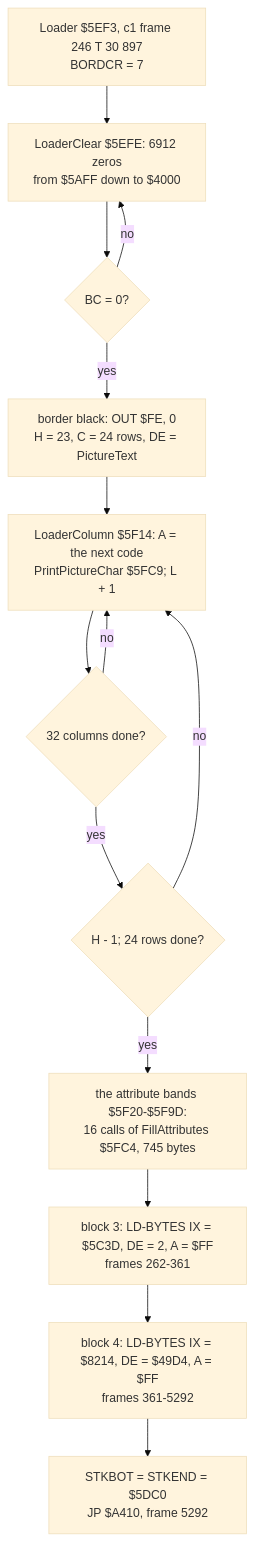
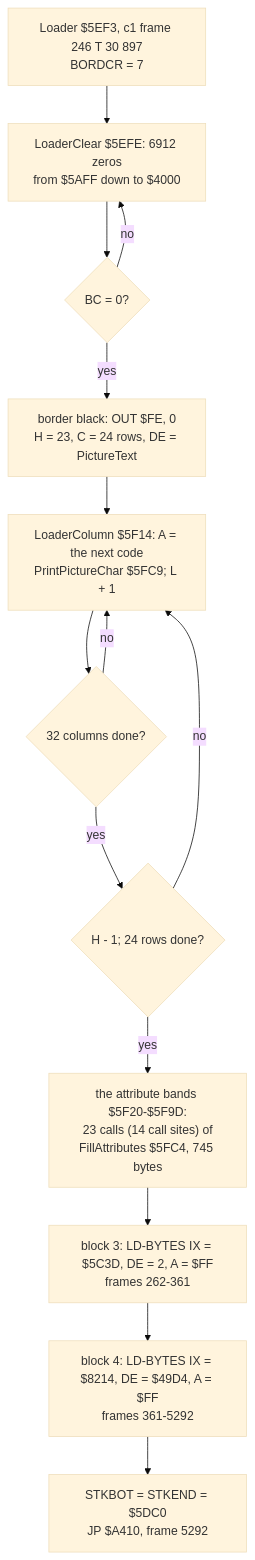
The first of 4 diagrams in games/chuckie-egg/docs/03-build-and-load.md (alfishe/unrealng-reverse-cases), drawn with Mermaid (base theme) before and after one commit. The commit also changed other lines of this file and 49 other files, not shown here.

````diff
--- a/games/chuckie-egg/docs/03-build-and-load.md
+++ b/games/chuckie-egg/docs/03-build-and-load.md
@@ -80,16 +80,16 @@
 ```mermaid
 flowchart TD
     A["Loader $5EF3, c1 frame 246 T 30 897<br/>BORDCR = 7"] --> B["LoaderClear $5EFE: 6912 zeros<br/>from $5AFF down to $4000"]
     B --> B1{"BC = 0?"}
     B1 -->|no| B
     B1 -->|yes| C["border black: OUT $FE, 0<br/>H = 23, C = 24 rows, DE = PictureText"]
     C --> D["LoaderColumn $5F14: A = the next code<br/>PrintPictureChar $5FC9; L + 1"]
     D --> D1{"32 columns done?"}
     D1 -->|no| D
     D1 -->|yes| D2{"H - 1; 24 rows done?"}
     D2 -->|no| D
-    D2 -->|yes| E["the attribute bands $5F20-$5F9D:<br/>16 calls of FillAttributes $5FC4, 745 bytes"]
+    D2 -->|yes| E["the attribute bands $5F20-$5F9D:<br/>23 calls (14 call sites) of<br/>FillAttributes $5FC4, 745 bytes"]
     E --> F["block 3: LD-BYTES IX = $5C3D, DE = 2, A = $FF<br/>frames 262-361"]
     F --> G["block 4: LD-BYTES IX = $8214, DE = $49D4, A = $FF<br/>frames 361-5292"]
     G --> H["STKBOT = STKEND = $5DC0<br/>JP $A410, frame 5292"]
 ```
````
